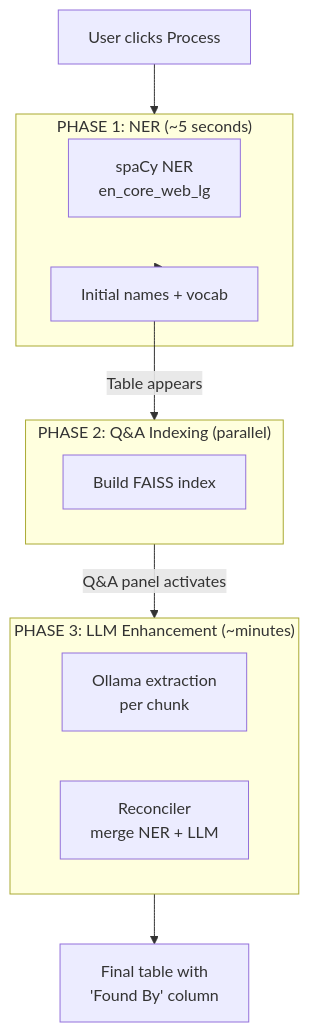
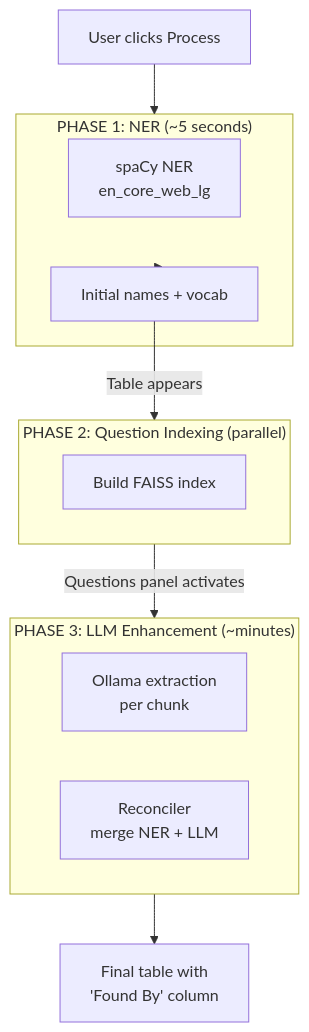
One commit to caseprepd-app/CaseSummarizer changed the fourth of 6 diagrams in ARCHITECTURE.md. Above: the diagram before and after it, drawn with Mermaid. The commit also changed other lines of this file and 12 other files, not shown here.

````diff
--- a/ARCHITECTURE.md
+++ b/ARCHITECTURE.md
@@ -258,26 +258,26 @@
 ```mermaid
 flowchart TB
     Start["User clicks Process"]
 
     subgraph Phase1["PHASE 1: NER (~5 seconds)"]
         NER["spaCy NER<br/>en_core_web_lg"]
         NERResult["Initial names + vocab"]
     end
 
-    subgraph Phase2["PHASE 2: Q&A Indexing (parallel)"]
+    subgraph Phase2["PHASE 2: Question Indexing (parallel)"]
         Index["Build FAISS index"]
     end
 
     subgraph Phase3["PHASE 3: LLM Enhancement (~minutes)"]
         LLMExtract["Ollama extraction<br/>per chunk"]
         Reconcile["Reconciler<br/>merge NER + LLM"]
     end
 
     Output["Final table with<br/>'Found By' column"]
 
     Start --> Phase1
     Phase1 --> NERResult
     NERResult -->|"Table appears"| Phase2
-    Phase2 -->|"Q&A panel activates"| Phase3
+    Phase2 -->|"Questions panel activates"| Phase3
     Phase3 --> Output
 ```
````
